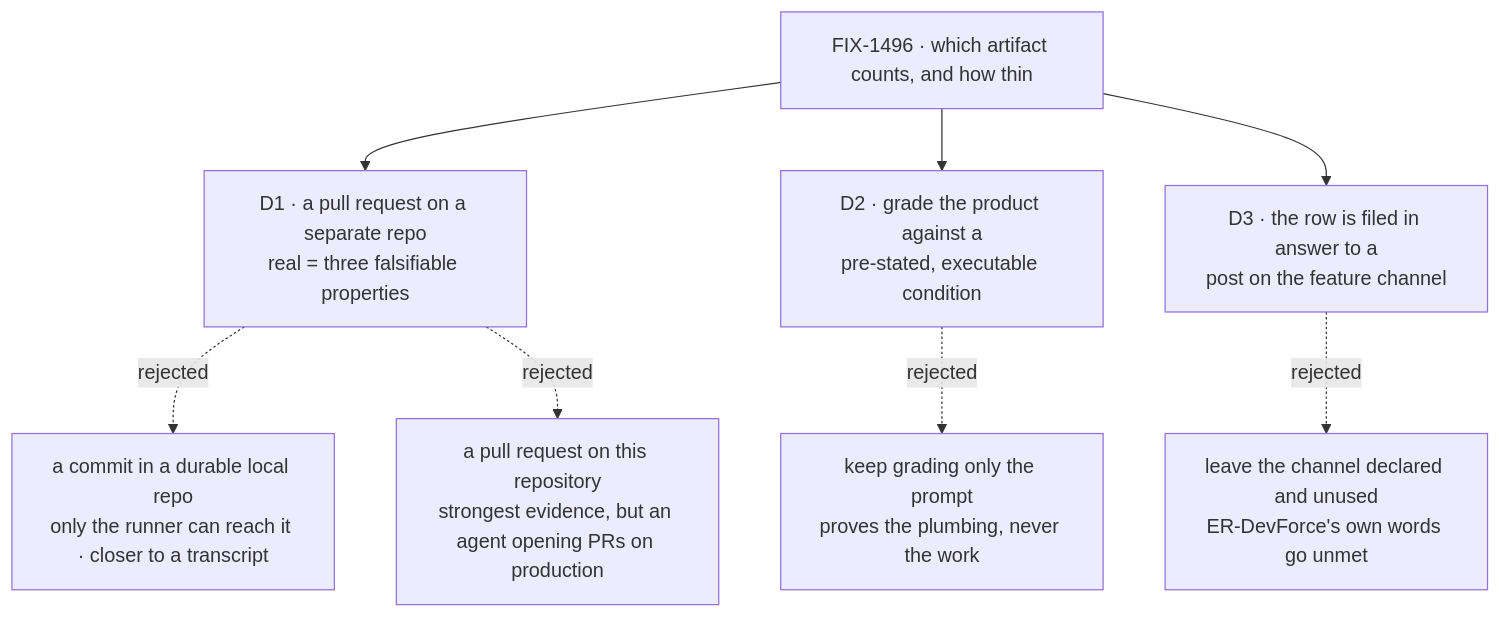
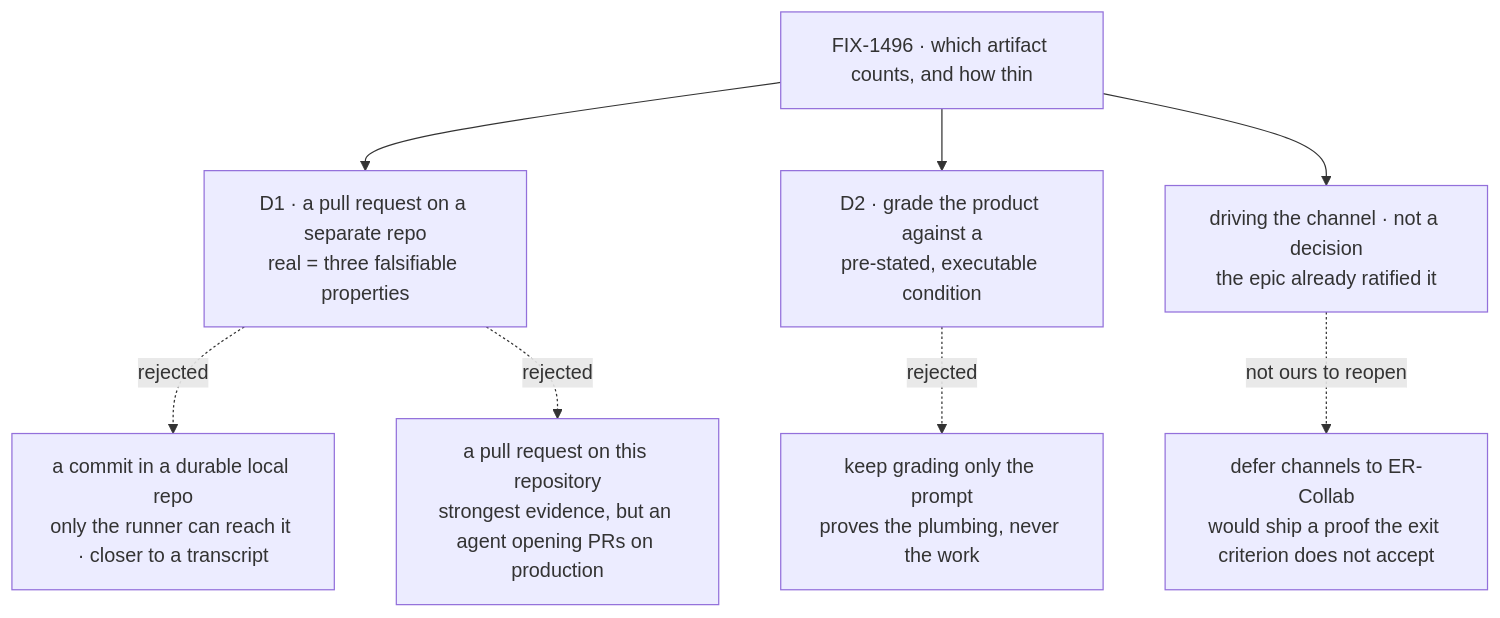
One commit to fixpoint-labs/flow-state-dev changed the diagram in specs/issues/FIX-1496/DECISIONS.md. Above: the diagram before and after it, drawn with Mermaid. The commit also changed other lines of this file and 7 other files, not shown here.

````diff
--- a/specs/issues/FIX-1496/DECISIONS.md
+++ b/specs/issues/FIX-1496/DECISIONS.md
@@ -10,10 +10,10 @@
 ```mermaid
 flowchart TD
   I["FIX-1496 · which artifact counts, and how thin"] --> D1["D1 · a pull request on a separate repo<br/>real = three falsifiable properties"]
   D1 -.->|"rejected"| X1["a commit in a durable local repo<br/>only the runner can reach it · closer to a transcript"]
   D1 -.->|"rejected"| X2["a pull request on this repository<br/>strongest evidence, but an agent opening PRs on production"]
   I --> D2["D2 · grade the product against a<br/>pre-stated, executable condition"]
   D2 -.->|"rejected"| X3["keep grading only the prompt<br/>proves the plumbing, never the work"]
-  I --> D3["D3 · the row is filed in answer to a<br/>post on the feature channel"]
-  D3 -.->|"rejected"| X4["leave the channel declared and unused<br/>ER-DevForce's own words go unmet"]
+  I --> R["driving the channel · not a decision<br/>the epic already ratified it"]
+  R -.->|"not ours to reopen"| X4["defer channels to ER-Collab<br/>would ship a proof the exit criterion does not accept"]
 ```
````
